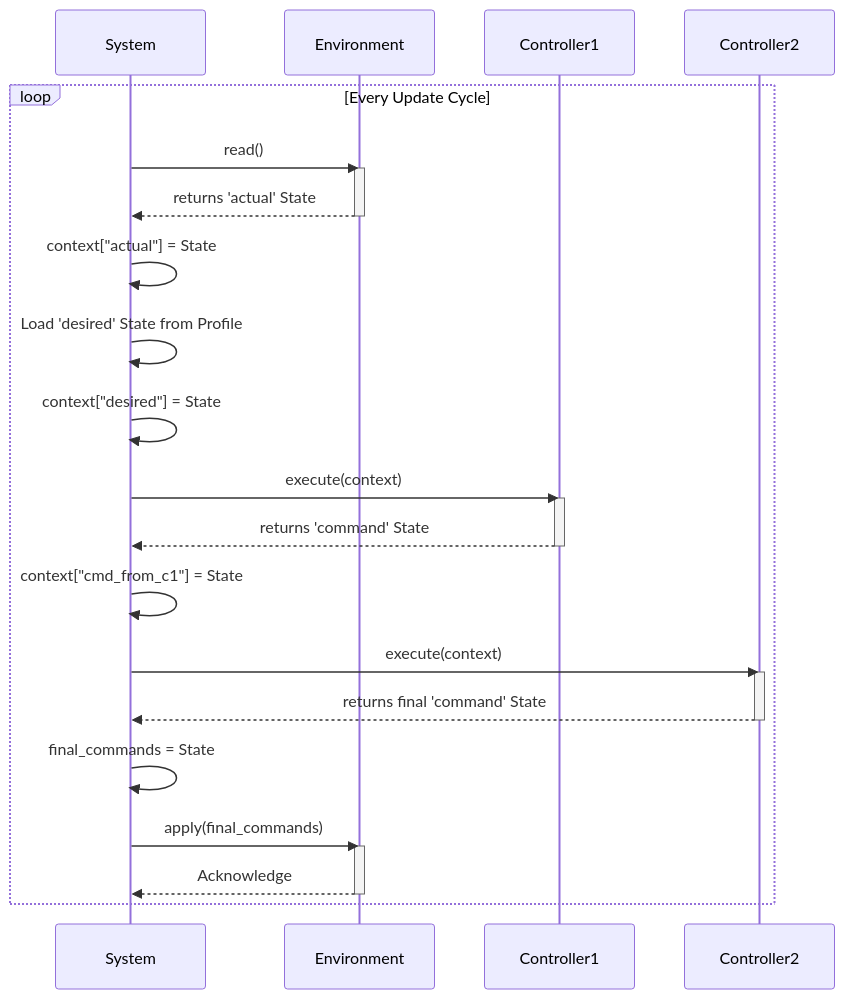
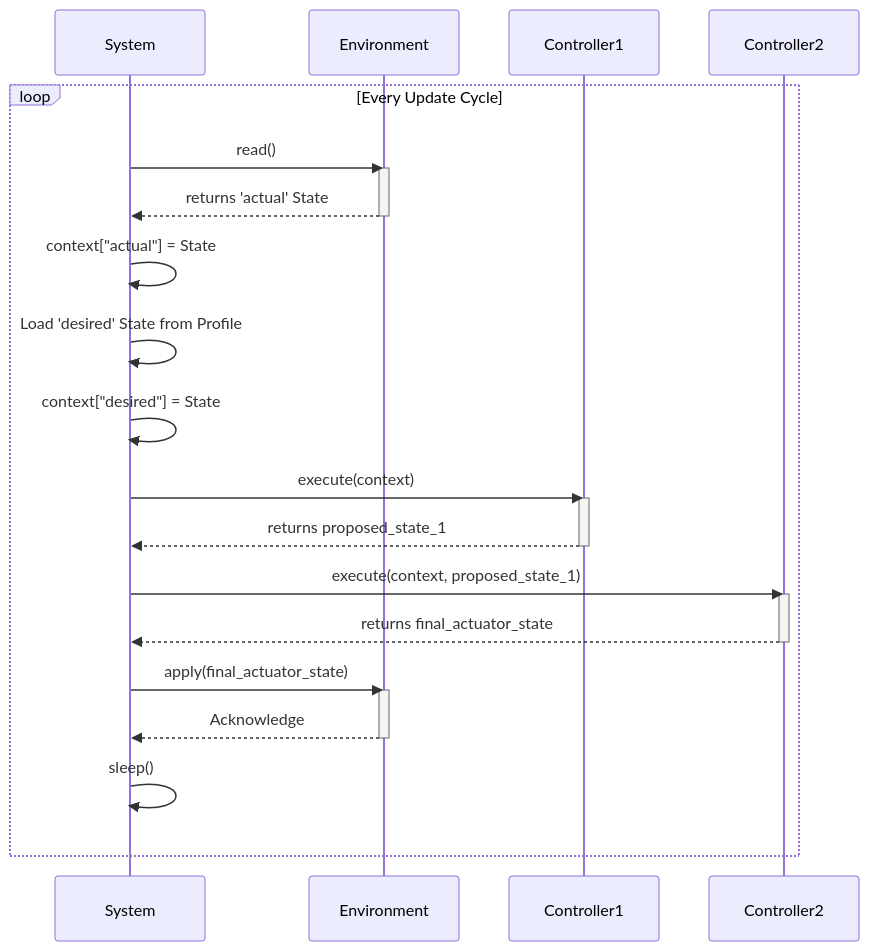
One commit to johnwbyrd/aifand changed the first of 2 diagrams in doc/architecture.md. Above: the diagram before and after it, drawn with Mermaid. The commit also changed other lines of this file, not shown here.

Commit message:
Rethink architecture document.

````diff
--- a/doc/architecture.md
+++ b/doc/architecture.md
@@ -40,35 +72,35 @@
 ```mermaid
 sequenceDiagram
     participant System
     participant Environment
     participant Controller1
     participant Controller2
 
     loop Every Update Cycle
         System->>Environment: read()
         activate Environment
         Environment-->>System: returns 'actual' State
         deactivate Environment
         System->>System: context["actual"] = State
 
         System->>System: Load 'desired' State from Profile
         System->>System: context["desired"] = State
 
         System->>Controller1: execute(context)
         activate Controller1
-        Controller1-->>System: returns 'command' State
+        Controller1-->>System: returns proposed_state_1
         deactivate Controller1
-        System->>System: context["cmd_from_c1"] = State
+        
+        System->>Controller2: execute(context, proposed_state_1)
+        activate Controller2
+        Controller2-->>System: returns final_actuator_state
+        deactivate Controller2
 
-        System->>Controller2: execute(context)
-        activate Controller2
-        Controller2-->>System: returns final 'command' State
-        deactivate Controller2
-        System->>System: final_commands = State
-
-        System->>Environment: apply(final_commands)
+        System->>Environment: apply(final_actuator_state)
         activate Environment
         Environment-->>System: Acknowledge
         deactivate Environment
+        
+        System->>System: sleep()
     end
 ```
````
